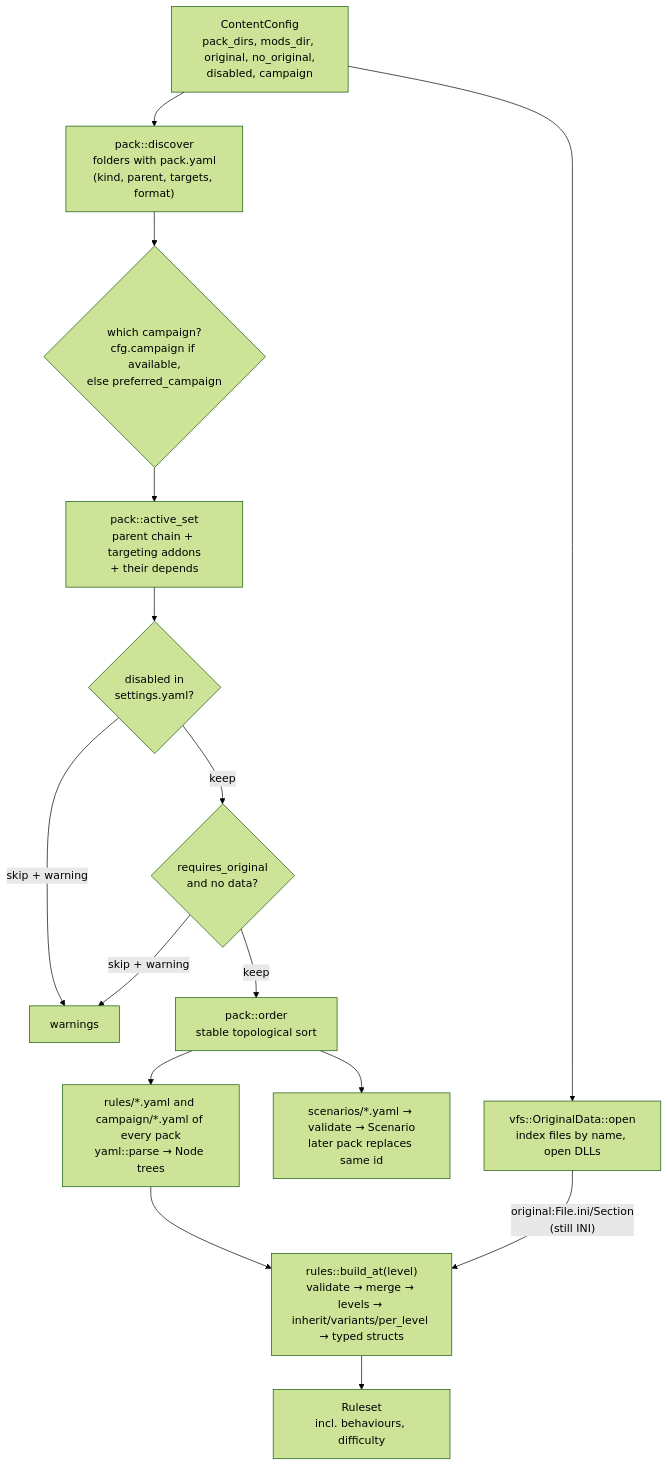
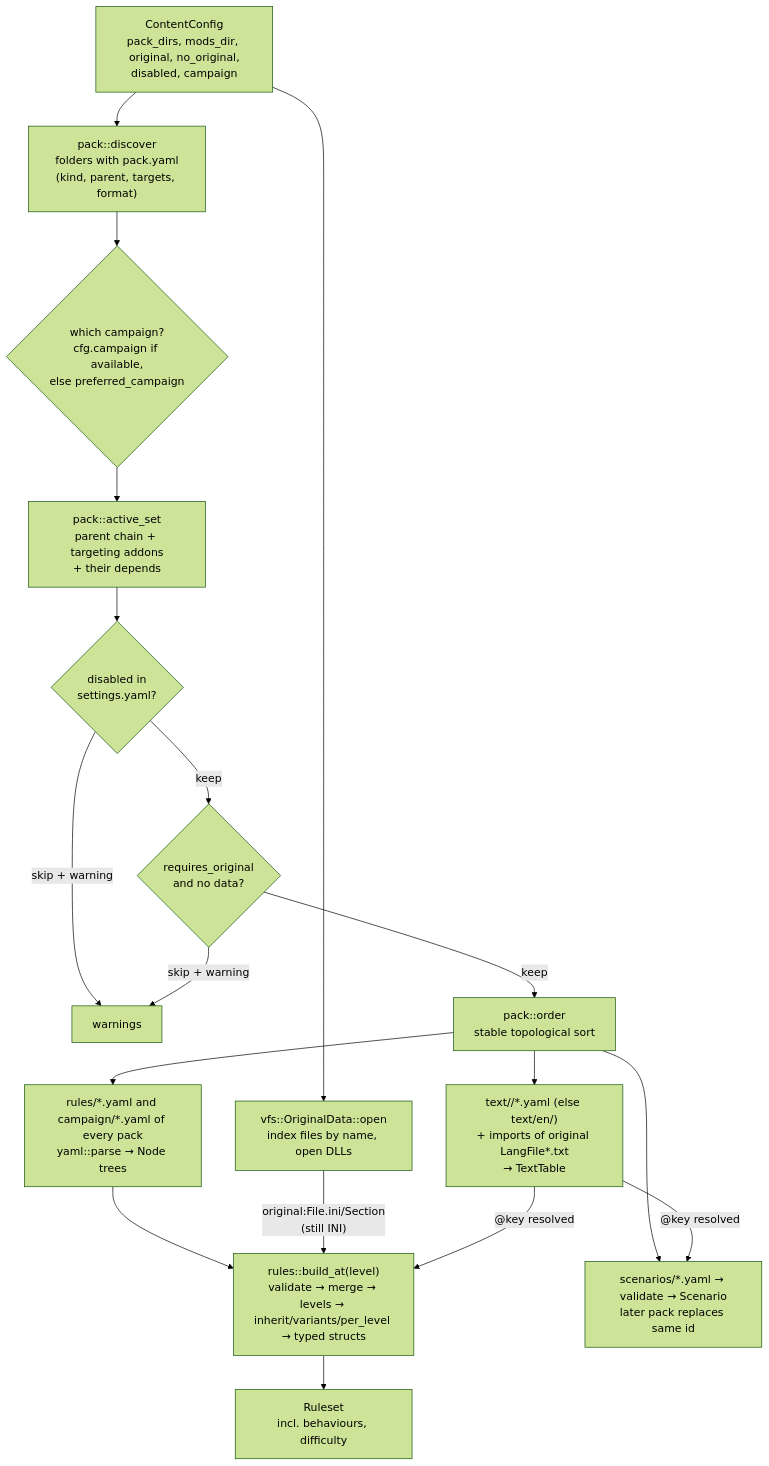
The first of 4 diagrams in docs/architecture/packs.md (bbogovich/OpenInterceptor), drawn with Mermaid (forest theme) before and after one commit. The commit also changed other lines of this file and 34 other files, not shown here.

````diff
--- a/docs/architecture/packs.md
+++ b/docs/architecture/packs.md
@@ -14,17 +14,20 @@
 ```mermaid
 flowchart TD
     CFG["ContentConfig<br/>pack_dirs, mods_dir, original, no_original,<br/>disabled, campaign"] --> D["pack::discover<br/>folders with pack.yaml<br/>(kind, parent, targets, format)"]
     D --> CA{"which campaign?<br/>cfg.campaign if available,<br/>else preferred_campaign"}
     CA --> AS["pack::active_set<br/>parent chain + targeting addons<br/>+ their depends"]
     AS --> DIS{"disabled in<br/>settings.yaml?"}
     DIS -->|skip + warning| W
     DIS -->|keep| SK{"requires_original<br/>and no data?"}
     SK -->|skip + warning| W["warnings"]
     SK -->|keep| O["pack::order<br/>stable topological sort"]
     CFG --> OD["vfs::OriginalData::open<br/>index files by name, open DLLs"]
     O --> RS["rules/*.yaml and campaign/*.yaml of every pack<br/>yaml::parse → Node trees"]
     RS --> B["rules::build_at(level)<br/>validate → merge → levels → inherit/variants/per_level → typed structs"]
     OD -->|"original:File.ini/Section<br/>(still INI)"| B
     B --> RU["Ruleset<br/>incl. behaviours, difficulty"]
     O --> SC["scenarios/*.yaml → validate → Scenario<br/>later pack replaces same id"]
+    O --> TX["text/<language>/*.yaml (else text/en/)<br/>+ imports of original LangFile*.txt<br/>→ TextTable"]
+    TX -->|"@key resolved"| B
+    TX -->|"@key resolved"| SC
 ```
````
